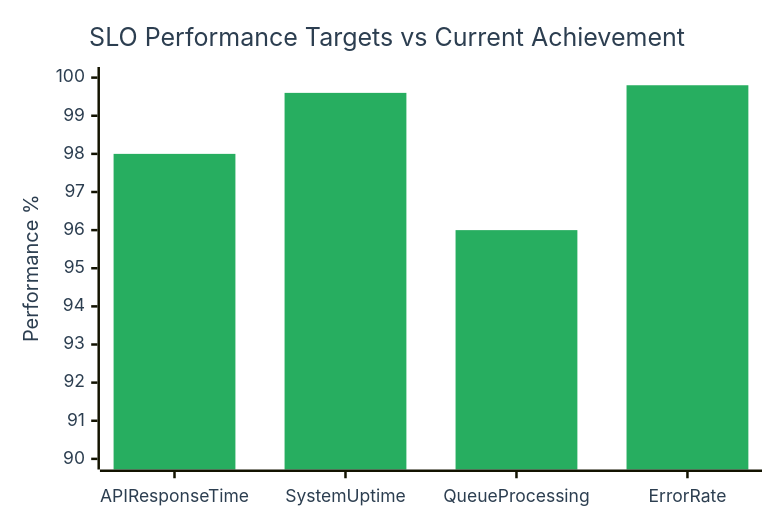
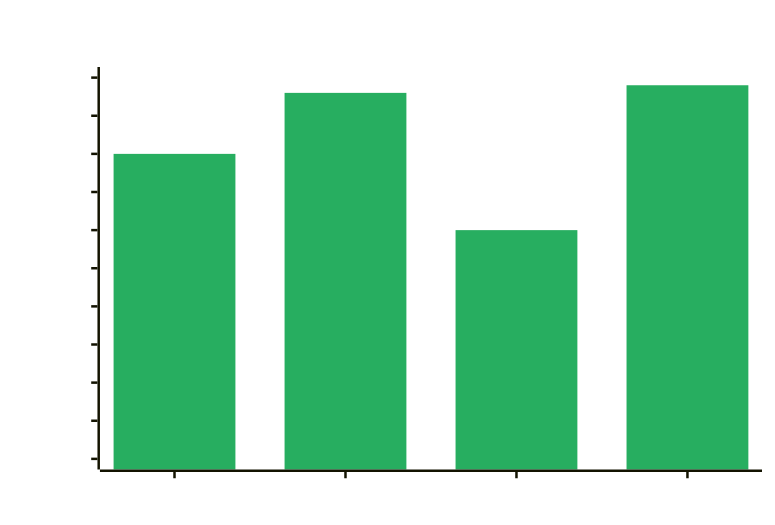
One commit to PriscillaOng12/AI-Code-Review-Squad changed diagram 15 of 20 in README.md. Above: the diagram before and after it, drawn with Mermaid. The commit also changed other lines of this file, not shown here.

````diff
--- a/README.md
+++ b/README.md
@@ -551,8 +551,8 @@
 ```mermaid
-%%{init: {'xyChart': {'width': 600, 'height': 400}, 'themeVariables': {'xyChart': {'backgroundColor': '#ffffff', 'titleColor': '#2c3e50', 'xAxisTitleColor': '#2c3e50', 'yAxisTitleColor': '#2c3e50', 'xAxisLabelColor': '#2c3e50', 'yAxisLabelColor': '#2c3e50', 'plotColorPalette': '#27ae60, #3498db, #f39c12, #e74c3c'}}}}%%
+%%{init: {'xyChart': {'width': 600, 'height': 400}, 'themeVariables': {'xyChart': {'backgroundColor': 'transparent', 'titleColor': '#ffffff', 'xAxisTitleColor': '#ffffff', 'yAxisTitleColor': '#ffffff', 'xAxisLabelColor': '#ffffff', 'yAxisLabelColor': '#ffffff', 'plotColorPalette': '#27ae60, #3498db, #f39c12, #e74c3c'}}}}%%
 xychart-beta
     title "SLO Performance Targets vs Current Achievement"
     x-axis [API Response Time, System Uptime, Queue Processing, Error Rate]
     y-axis "Performance %" 90 --> 100
     bar [98, 99.6, 96, 99.8]
 ```
````
